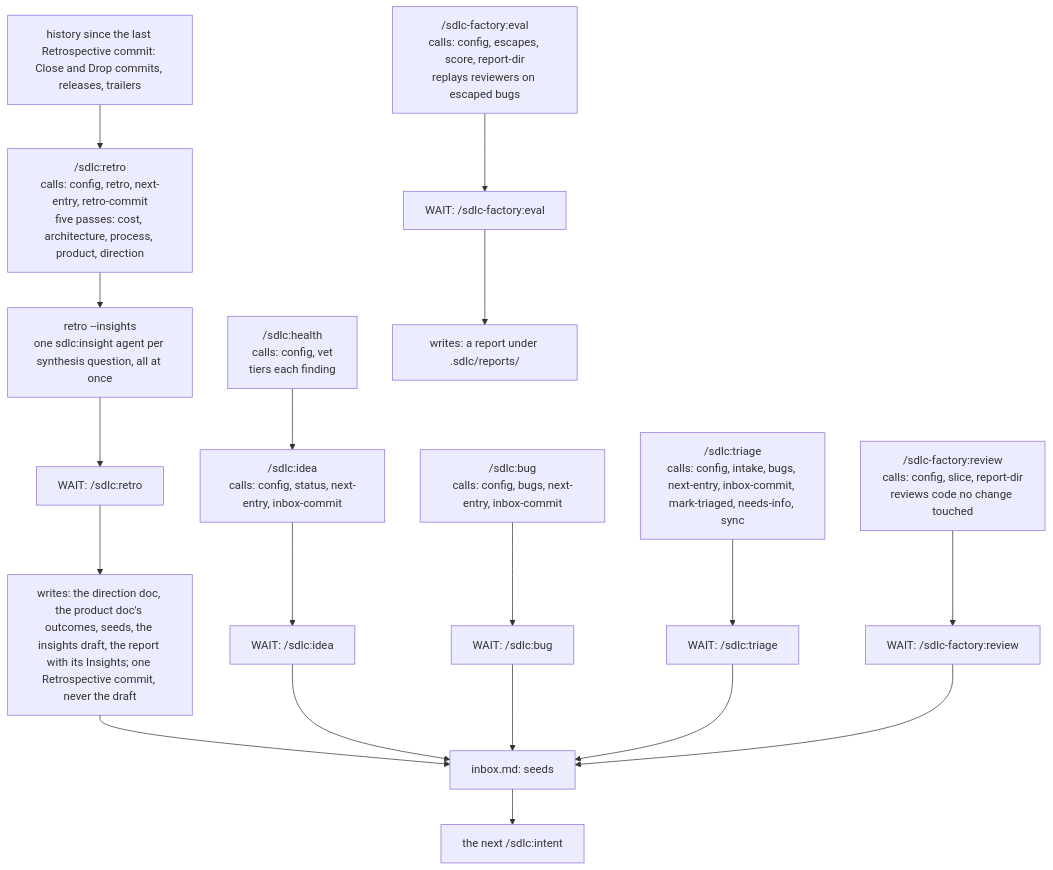
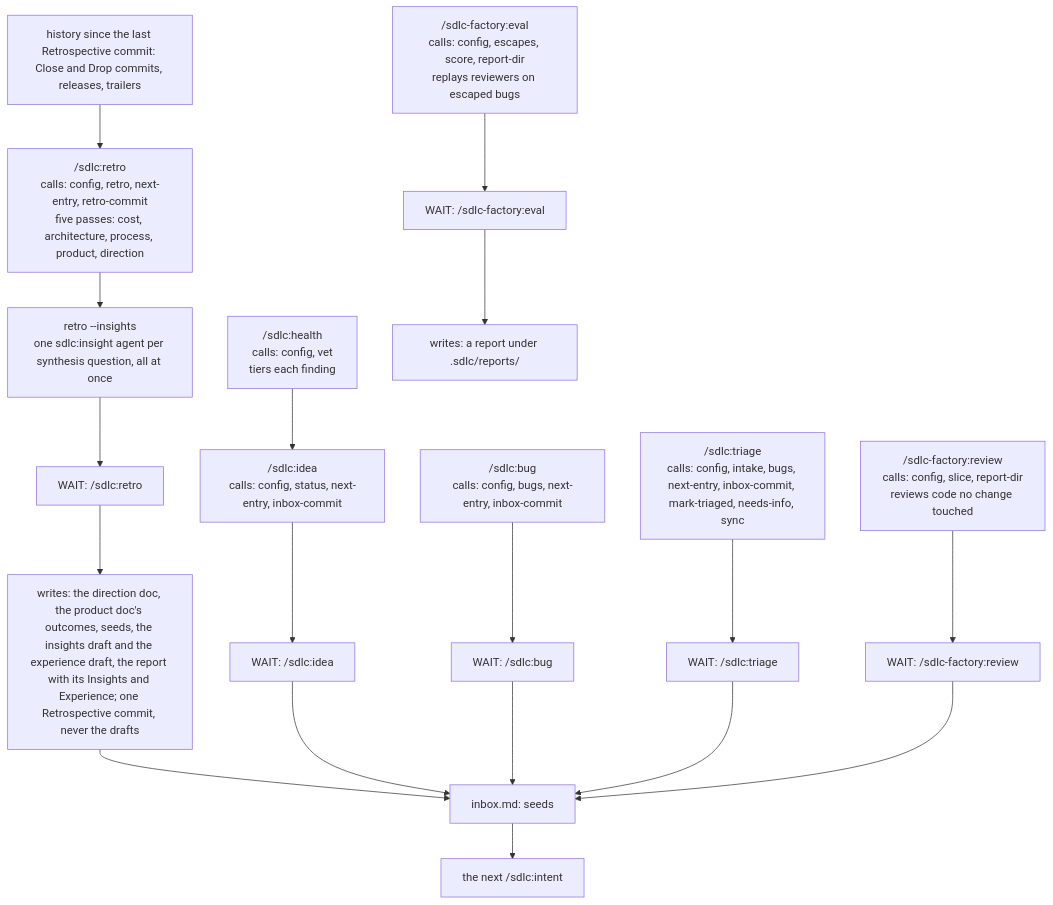
Before and after one commit to faeldon/sdlc: the third of 3 diagrams in docs/PROCESS.md, drawn with Mermaid. The commit also changed 35 other files, not shown here.

````diff
--- a/docs/PROCESS.md
+++ b/docs/PROCESS.md
@@ -76,21 +76,21 @@
 ```mermaid
 flowchart TD
   history["history since the last Retrospective commit: Close and Drop commits, releases, trailers"] --> retro
   retro["/sdlc:retro<br/>calls: config, retro, next-entry, retro-commit<br/>five passes: cost, architecture, process, product, direction"]
   retro --> insights["retro --insights<br/>one sdlc:insight agent per synthesis question, all at once"]
   insights --> wretro["WAIT: /sdlc:retro"]
-  wretro --> written["writes: the direction doc, the product doc's outcomes, seeds, the insights draft, the report with its Insights; one Retrospective commit, never the draft"]
+  wretro --> written["writes: the direction doc, the product doc's outcomes, seeds, the insights draft and the experience draft, the report with its Insights and Experience; one Retrospective commit, never the drafts"]
   health["/sdlc:health<br/>calls: config, vet<br/>tiers each finding"] --> idea
   idea["/sdlc:idea<br/>calls: config, status, next-entry, inbox-commit"] --> widea["WAIT: /sdlc:idea"]
   bug["/sdlc:bug<br/>calls: config, bugs, next-entry, inbox-commit"] --> wbug["WAIT: /sdlc:bug"]
   triage["/sdlc:triage<br/>calls: config, intake, bugs, next-entry, inbox-commit, mark-triaged, needs-info, sync"] --> wtriage["WAIT: /sdlc:triage"]
   feval["/sdlc-factory:eval<br/>calls: config, escapes, score, report-dir<br/>replays reviewers on escaped bugs"] --> wfeval["WAIT: /sdlc-factory:eval"]
   freview["/sdlc-factory:review<br/>calls: config, slice, report-dir<br/>reviews code no change touched"] --> wfreview["WAIT: /sdlc-factory:review"]
   written --> seeds["inbox.md: seeds"]
   widea --> seeds
   wbug --> seeds
   wtriage --> seeds
   wfreview --> seeds
   wfeval --> report["writes: a report under .sdlc/reports/"]
   seeds --> next["the next /sdlc:intent"]
 ```
````
